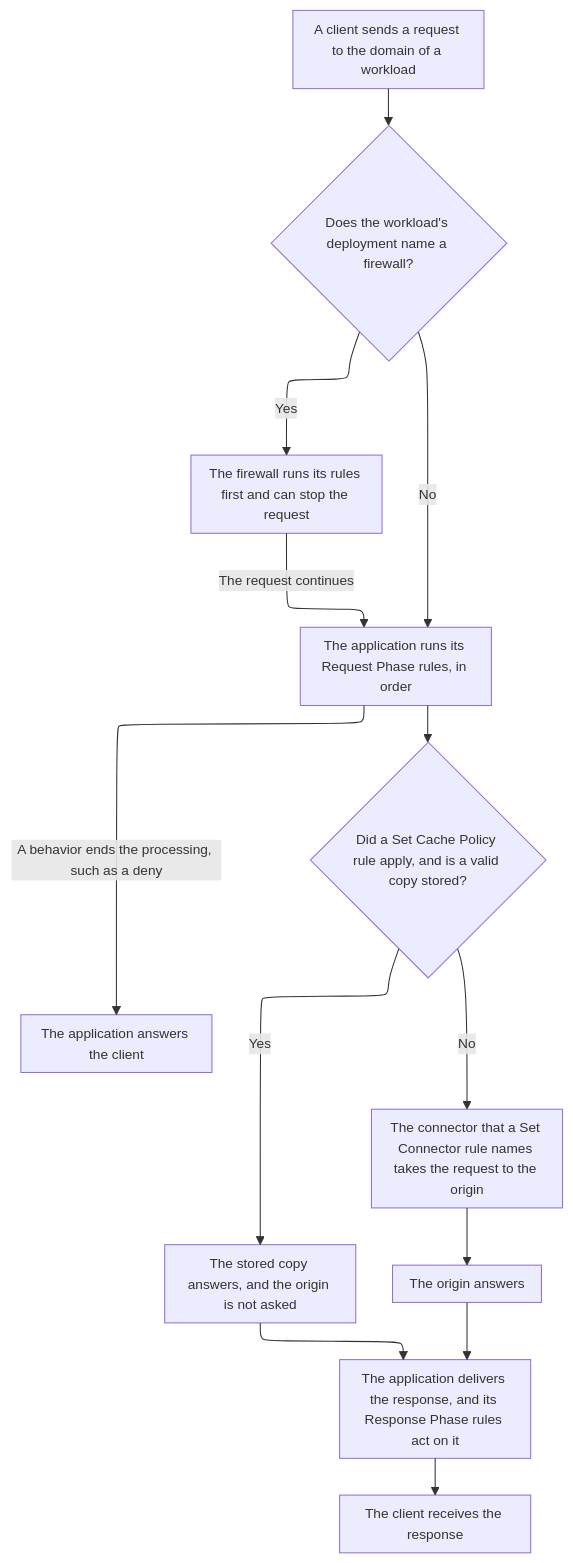
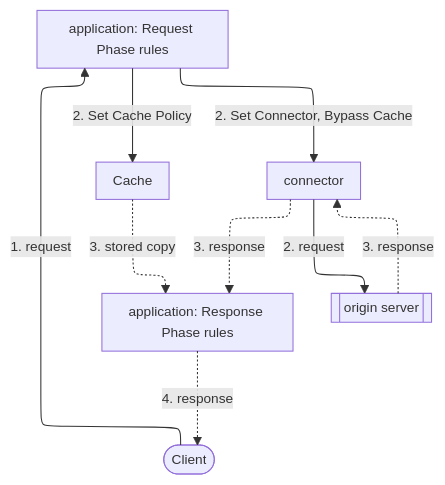
The second of 3 diagrams in apps/docs/src/content/docs/en/pages/build/applications/how-it-works.mdx (aziontech/docs), drawn with Mermaid before and after one commit. The commit also changed other lines of this file and 3 other files, not shown here.

First line of the commit message:
docs(applications): rewrite the Overview and How it works, and redraw their diagrams

````diff
--- a/apps/docs/src/content/docs/en/pages/build/applications/how-it-works.mdx
+++ b/apps/docs/src/content/docs/en/pages/build/applications/how-it-works.mdx
@@ -30,16 +73,18 @@
 ```mermaid
-%%{init: {"layout": "elk", "themeVariables": {"fontSize": "13px"}, "flowchart": {"nodeSpacing": 24, "rankSpacing": 36, "padding": 8, "wrappingWidth": 150, "useMaxWidth": true}, "sequence": {"width": 120, "actorMargin": 30, "useMaxWidth": true}}}%%
+%%{init: {"layout": "elk", "elk": {"cycleBreakingStrategy": "MODEL_ORDER"}, "themeVariables": {"fontSize": "13px"}, "flowchart": {"nodeSpacing": 24, "rankSpacing": 36, "padding": 8, "wrappingWidth": 150, "useMaxWidth": true}, "sequence": {"width": 120, "actorMargin": 30, "useMaxWidth": true}}}%%
 flowchart TD
-  Client["A client sends a request to the domain of a workload"] --> Fw{"Does the workload's deployment name a firewall?"}
-  Fw -->|"Yes"| Firewall["The firewall runs its rules first and can stop the request"]
-  Fw -->|"No"| Req["The application runs its Request Phase rules, in order"]
-  Firewall -->|"The request continues"| Req
-  Req -->|"A behavior ends the processing, such as a deny"| Answer["The application answers the client"]
-  Req --> Copy{"Did a Set Cache Policy rule apply, and is a valid copy stored?"}
-  Copy -->|"Yes"| Stored["The stored copy answers, and the origin is not asked"]
-  Copy -->|"No"| Conn["The connector that a Set Connector rule names takes the request to the origin"]
-  Conn --> Origin["The origin answers"]
-  Stored --> Resp["The application delivers the response, and its Response Phase rules act on it"]
-  Origin --> Resp
-  Resp --> Done["The client receives the response"]
+  Client(["Client"])
+  ReqRules["application: Request Phase rules"]
+  RespRules["application: Response Phase rules"]
+  Cache["Cache"]
+  Conn["connector"]
+  Origin[["origin server"]]
+  Client -->|"1. request"| ReqRules
+  ReqRules -->|"2. Set Cache Policy"| Cache
+  ReqRules -->|"2. Set Connector, Bypass Cache"| Conn
+  Conn -->|"2. request"| Origin
+  Cache -.->|"3. stored copy"| RespRules
+  Origin -.->|"3. response"| Conn
+  Conn -.->|"3. response"| RespRules
+  RespRules -.->|"4. response"| Client
 ```
````
